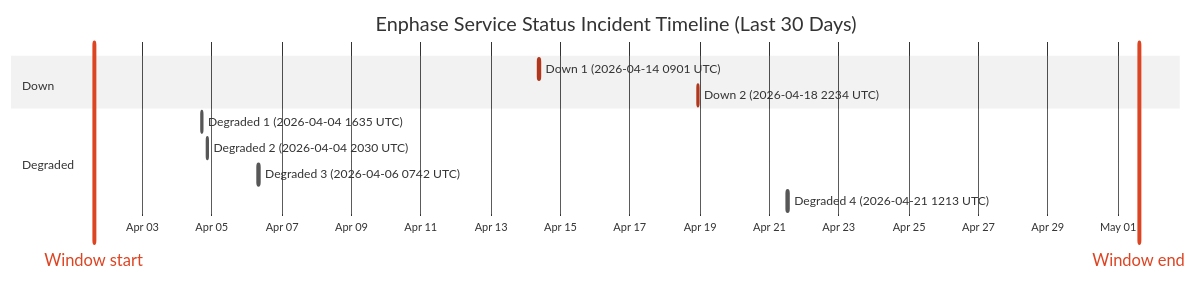
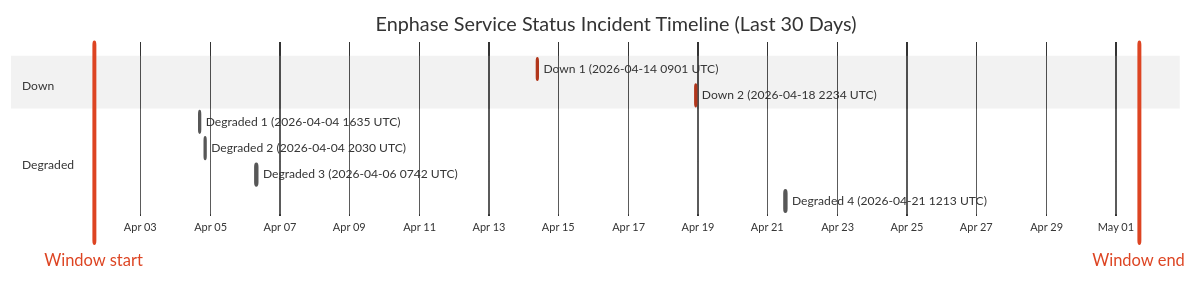
The diagram in wiki/Service-Status-History.md (barneyonline/ha-enphase-ev-charger), drawn with Mermaid (neutral theme) before and after one commit. The commit also changed other lines of this file and 3 other files, not shown here.

````diff
--- a/wiki/Service-Status-History.md
+++ b/wiki/Service-Status-History.md
@@ -14,16 +14,16 @@
 ```mermaid
 gantt
     title Enphase Service Status Incident Timeline (Last 30 Days)
     dateFormat  YYYY-MM-DDTHH:mm:ss
     axisFormat  %b %d
-    Window start :vert, window-start, 2026-04-01T14:36:32, 0ms
-    Window end :vert, window-end, 2026-05-01T14:36:32, 0ms
+    Window start :vert, window-start, 2026-04-01T15:56:47, 0ms
+    Window end :vert, window-end, 2026-05-01T15:56:47, 0ms
     section Down
     Down 1 (2026-04-14 0901 UTC) :crit, down-1, 2026-04-14T09:01:13, 60m
     Down 2 (2026-04-18 2234 UTC) :crit, down-2, 2026-04-18T22:34:13, 60m
     section Degraded
     Degraded 1 (2026-04-04 1635 UTC) :active, degraded-1, 2026-04-04T16:35:17, 60m
     Degraded 2 (2026-04-04 2030 UTC) :active, degraded-2, 2026-04-04T20:30:40, 60m
     Degraded 3 (2026-04-06 0742 UTC) :active, degraded-3, 2026-04-06T07:42:09, 85m
     Degraded 4 (2026-04-21 1213 UTC) :active, degraded-4, 2026-04-21T12:13:11, 60m
 ```
````
